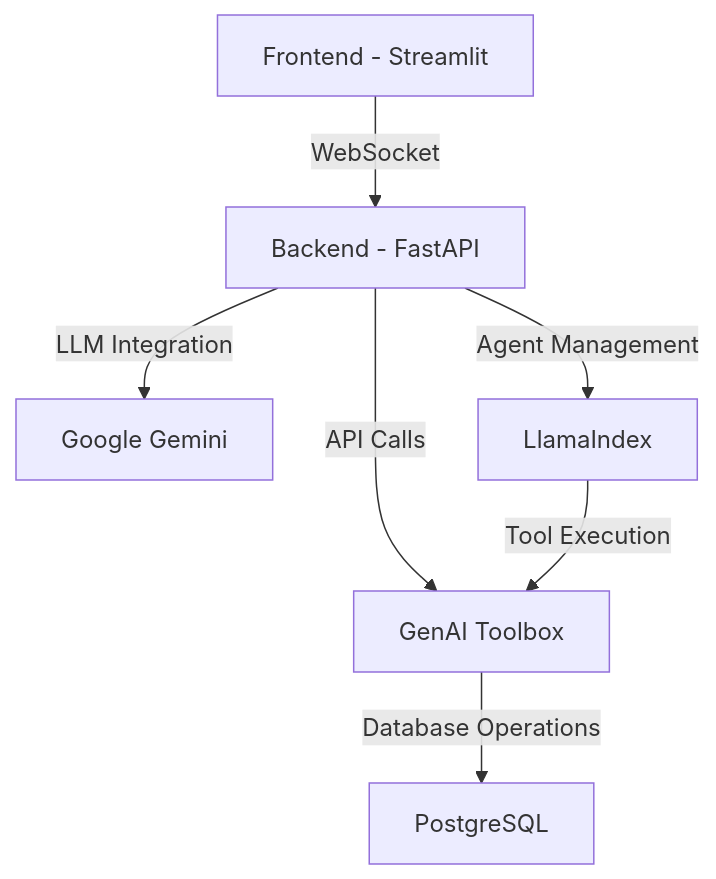
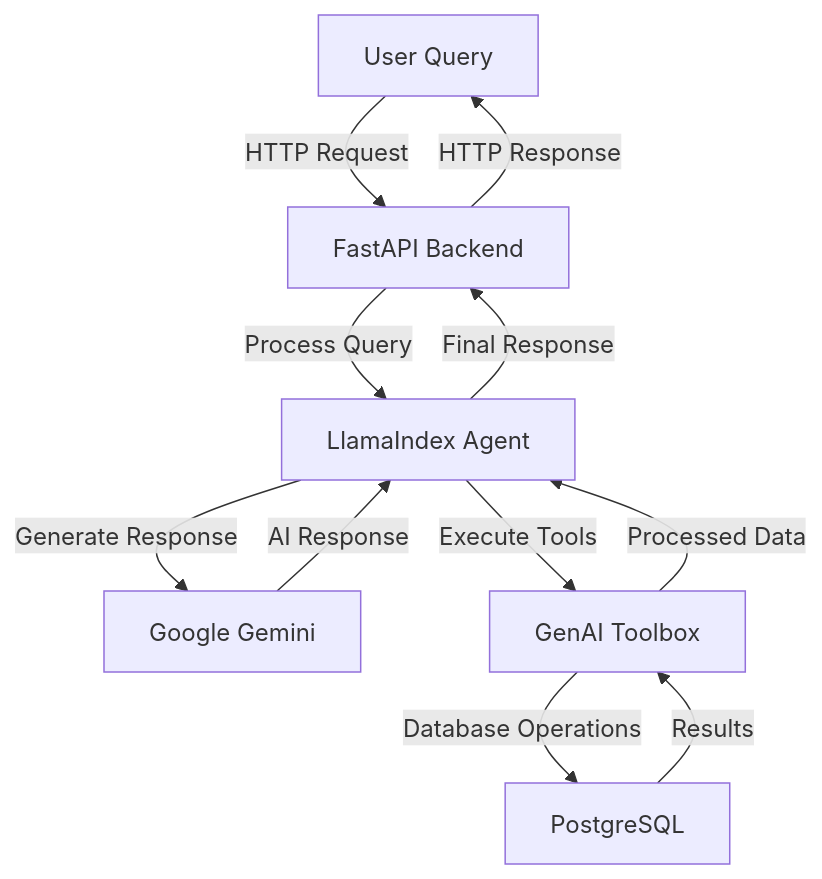
Before and after one commit to arjunprabhulal/gemini-toolbox-dvd-rental-assistant: the first of 3 diagrams in README.md, drawn with Mermaid. The commit also changed other lines of this file, not shown here.

Commit message:
docs: Enhanced README with detailed technical documentation, accurate API endpoints, and improved architecture diagrams

````diff
--- a/README.md
+++ b/README.md
@@ -34,9 +71,13 @@
 ```mermaid
 graph TD
-    A[Frontend - Streamlit] -->|WebSocket| B[Backend - FastAPI]
-    B -->|API Calls| C[GenAI Toolbox]
-    C -->|Database Operations| D[PostgreSQL]
-    B -->|LLM Integration| E[Google Gemini]
-    B -->|Agent Management| F[LlamaIndex]
-    F -->|Tool Execution| C
+    A[User Query] -->|HTTP Request| B[FastAPI Backend]
+    B -->|Process Query| C[LlamaIndex Agent]
+    C -->|Generate Response| D[Google Gemini]
+    C -->|Execute Tools| E[GenAI Toolbox]
+    E -->|Database Operations| F[PostgreSQL]
+    F -->|Results| E
+    E -->|Processed Data| C
+    D -->|AI Response| C
+    C -->|Final Response| B
+    B -->|HTTP Response| A
 ```
````
